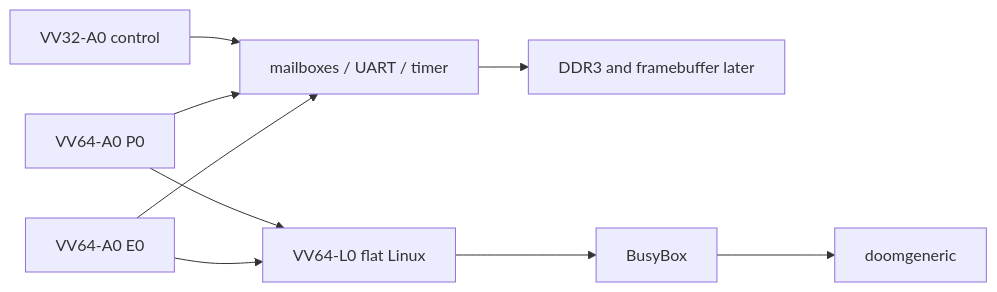
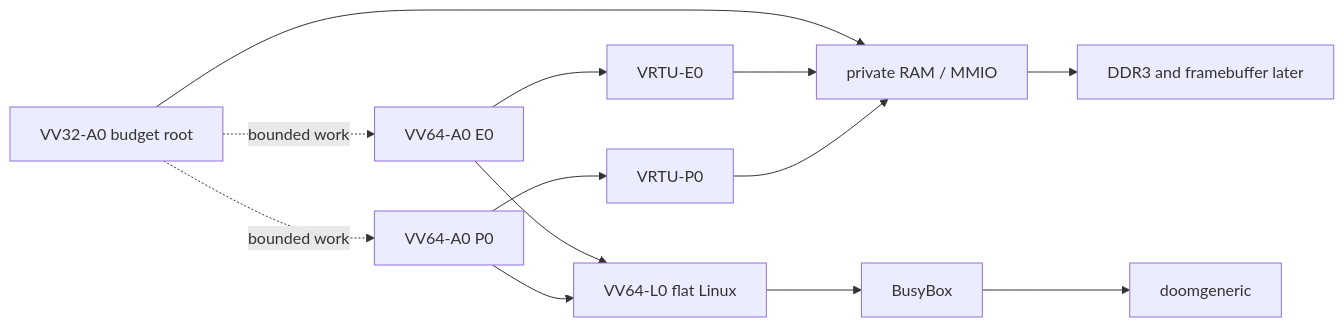
One commit to urotsuki-san/VICTORY-V changed the diagram in README.md. Above: the diagram before and after it, drawn with Mermaid. The commit also changed other lines of this file and 72 other files, not shown here.

````diff
--- a/README.md
+++ b/README.md
@@ -60,11 +104,15 @@
 ```mermaid
 flowchart LR
-    V32[VV32-A0 control] --> M[mailboxes / UART / timer]
-    P[VV64-A0 P0] --> M
-    E[VV64-A0 E0] --> M
+    V32[VV32-A0 budget root] -. bounded work .-> P[VV64-A0 P0]
+    V32 -. bounded work .-> E[VV64-A0 E0]
+    P --> VP[VRTU-P0]
+    E --> VE[VRTU-E0]
+    VP --> M[private RAM / MMIO]
+    VE --> M
+    V32 --> M
     M --> D[DDR3 and framebuffer later]
     P --> L[VV64-L0 flat Linux]
     E --> L
     L --> B[BusyBox]
     B --> G[doomgeneric]
 ```
````
